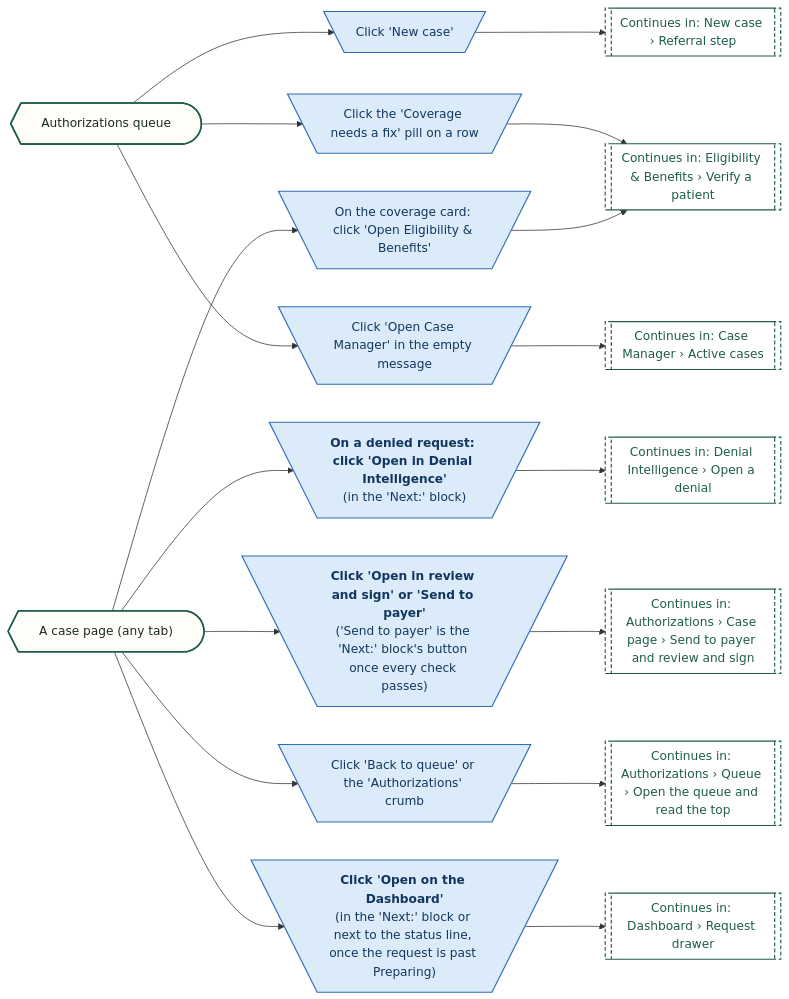
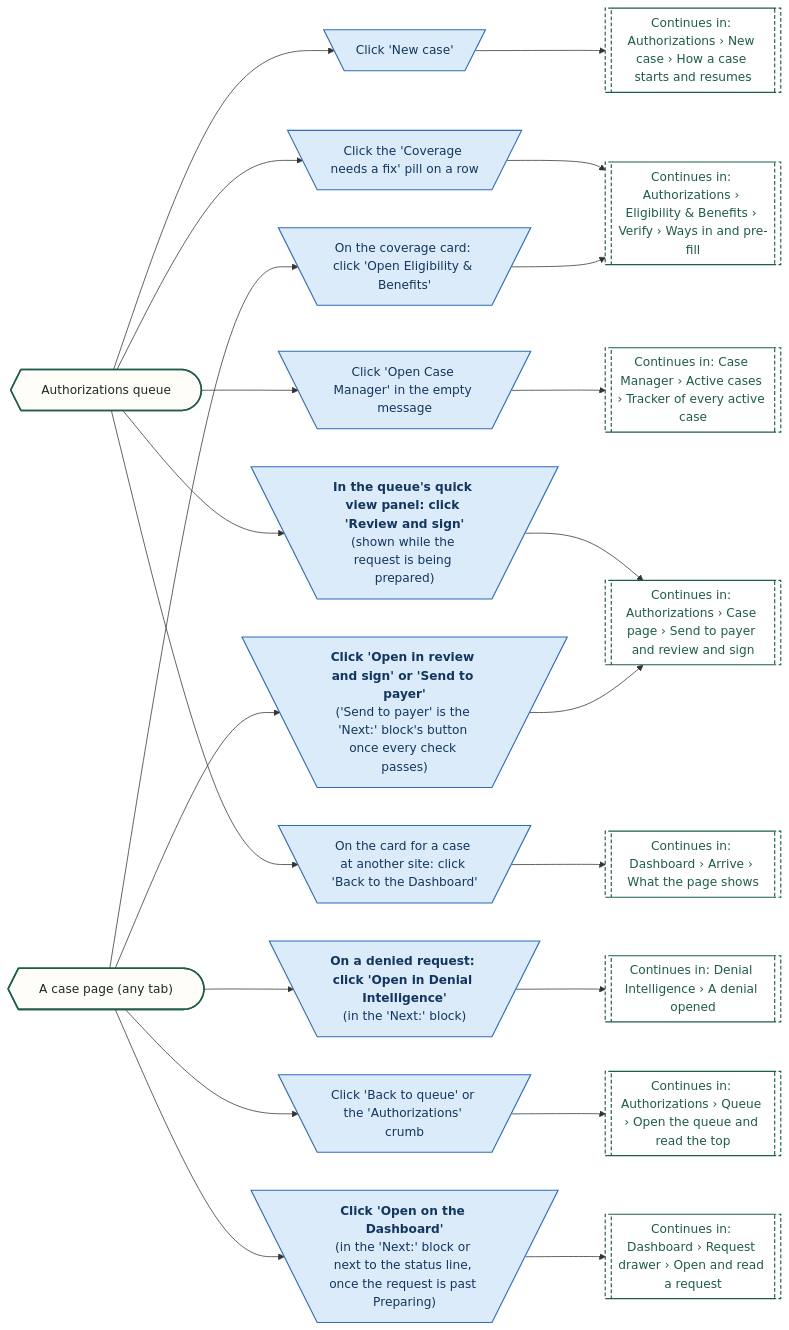
Before and after one commit to Shrav143/psyfloapp: diagram 32 of 33 in demos/prior-auth-demo/workflows/out/md/03-authorizations.md, drawn with Mermaid. The commit also changed other lines of this file and 251 other files, not shown here.

First line of the commit message:
docs: rebuild the workflow diagrams (291) for round 4

````diff
--- a/demos/prior-auth-demo/workflows/out/md/03-authorizations.md
+++ b/demos/prior-auth-demo/workflows/out/md/03-authorizations.md
@@ -2260,48 +2516,53 @@
 ```mermaid
 %%{init: {"theme":"base","themeVariables":{"fontFamily":"'DM Sans', 'Segoe UI', system-ui, sans-serif","fontSize":"15px","lineColor":"#5B6B63","primaryTextColor":"#1C2B25","clusterBkg":"#FBF8F3","clusterBorder":"#D9CDBB","edgeLabelBackground":"#FFFFFF"},"flowchart":{"curve":"basis","nodeSpacing":36,"rankSpacing":48,"padding":12,"htmlLabels":true,"useMaxWidth":false,"wrappingWidth":230}} }%%
 flowchart LR
   classDef k_start fill:#1F5C4B,stroke:#174638,color:#FFFFFF,stroke-width:1.5px,font-weight:600
   classDef k_end fill:#DDEFE3,stroke:#2E7D4F,color:#14502F,stroke-width:1.5px,font-weight:600
   classDef k_endx fill:#FBE3E0,stroke:#C0392B,color:#7A1F16,stroke-width:1.5px,font-weight:600
   classDef k_screen fill:#FFFDF8,stroke:#1F5C4B,color:#1C2B25,stroke-width:2px
   classDef k_overlay fill:#F1F7F3,stroke:#1F5C4B,color:#1C2B25,stroke-width:2px,stroke-dasharray:5 3
   classDef k_click fill:#DCEBFA,stroke:#2F6DB5,color:#12365F,stroke-width:1.5px
   classDef k_input fill:#E4E7FF,stroke:#4C5FD5,color:#1D2670,stroke-width:1.5px
   classDef k_process fill:#EEF0EE,stroke:#7A857F,color:#26302B,stroke-width:1.5px
   classDef k_agent fill:#EEE5FA,stroke:#7A4FC2,color:#341A63,stroke-width:1.5px
   classDef k_decision fill:#FFF0CC,stroke:#D9962B,color:#5C3B00,stroke-width:1.5px
   classDef k_store fill:#D5F0EA,stroke:#1C8E7B,color:#0B4A3F,stroke-width:1.5px
   classDef k_doc fill:#F6E9DC,stroke:#B07A4C,color:#4A2E14,stroke-width:1.5px
   classDef k_ext fill:#FFE6D2,stroke:#E07B39,color:#6B2F06,stroke-width:1.5px
   classDef k_wait fill:#E4E8EE,stroke:#6B7C93,color:#26303D,stroke-width:1.5px
   classDef k_toast fill:#FFF9DB,stroke:#C9A400,color:#5A4A00,stroke-width:1.5px
   classDef k_goto fill:#FFFFFF,stroke:#1F5C4B,color:#1F5C4B,stroke-width:1.5px,stroke-dasharray:5 3
   q@{ shape: curv-trap, label: "Authorizations queue" }
   cp@{ shape: curv-trap, label: "A case page (any tab)" }
   l1@{ shape: trap-t, label: "Click 'New case'" }
   l2@{ shape: trap-t, label: "Click the 'Coverage needs a fix' pill on a row" }
   l6@{ shape: trap-t, label: "Click 'Open Case Manager' in the empty message" }
   l3@{ shape: trap-t, label: "On the coverage card: click 'Open Eligibility & Benefits'" }
   l4@{ shape: trap-t, label: "<b>On a denied request: click 'Open in Denial Intelligence'</b><br/>(in the 'Next:' block)" }
   l5@{ shape: trap-t, label: "<b>Click 'Open in review and sign' or 'Send to payer'</b><br/>('Send to payer' is the 'Next:' block's button once every check passes)" }
   l7@{ shape: trap-t, label: "Click 'Back to queue' or the 'Authorizations' crumb" }
+  l9@{ shape: trap-t, label: "<b>In the queue's quick view panel: click 'Review and sign'</b><br/>(shown while the request is being prepared)" }
+  l10@{ shape: trap-t, label: "On the card for a case at another site: click 'Back to the Dashboard'" }
   l8@{ shape: trap-t, label: "<b>Click 'Open on the Dashboard'</b><br/>(in the 'Next:' block or next to the status line, once the request is past Preparing)" }
-  g1@{ shape: subproc, label: "Continues in: New case › Referral step" }
-  g2@{ shape: subproc, label: "Continues in: Eligibility & Benefits › Verify a patient" }
-  g5@{ shape: subproc, label: "Continues in: Case Manager › Active cases" }
-  g3@{ shape: subproc, label: "Continues in: Denial Intelligence › Open a denial" }
+  g1@{ shape: subproc, label: "Continues in: Authorizations › New case › How a case starts and resumes" }
+  g2@{ shape: subproc, label: "Continues in: Authorizations › Eligibility & Benefits › Verify › Ways in and pre-fill" }
+  g5@{ shape: subproc, label: "Continues in: Case Manager › Active cases › Tracker of every active case" }
+  g3@{ shape: subproc, label: "Continues in: Denial Intelligence › A denial opened" }
   g4@{ shape: subproc, label: "Continues in: Authorizations › Case page › Send to payer and review and sign" }
   g6@{ shape: subproc, label: "Continues in: Authorizations › Queue › Open the queue and read the top" }
-  g7@{ shape: subproc, label: "Continues in: Dashboard › Request drawer" }
+  g7@{ shape: subproc, label: "Continues in: Dashboard › Request drawer › Open and read a request" }
+  g8@{ shape: subproc, label: "Continues in: Dashboard › Arrive › What the page shows" }
   q --> l1 --> g1
   q --> l2 --> g2
   q --> l6 --> g5
+  q --> l9 --> g4
+  q --> l10 --> g8
   cp --> l3 --> g2
   cp --> l4 --> g3
   cp --> l5 --> g4
   cp --> l7 --> g6
   cp --> l8 --> g7
   class q,cp k_screen
-  class l1,l2,l6,l3,l4,l5,l7,l8 k_click
-  class g1,g2,g5,g3,g4,g6,g7 k_goto
+  class l1,l2,l6,l3,l4,l5,l7,l9,l10,l8 k_click
+  class g1,g2,g5,g3,g4,g6,g7,g8 k_goto
 ```
````
